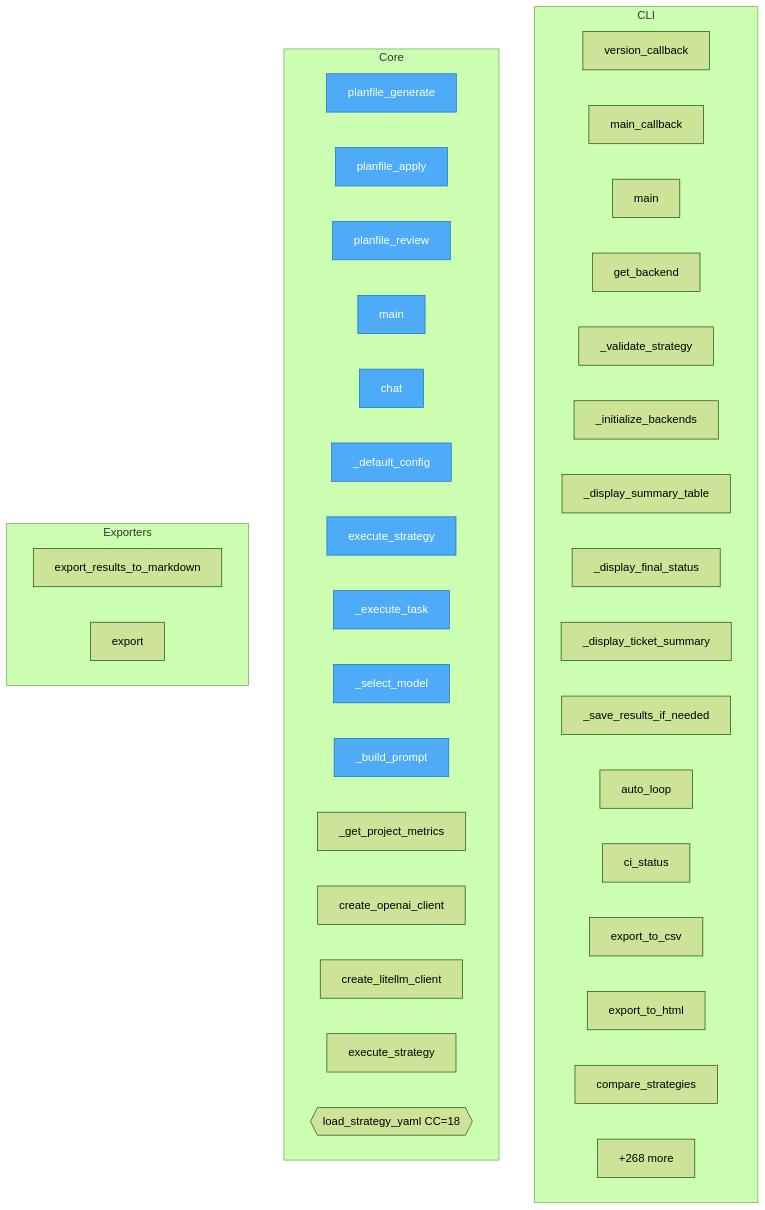
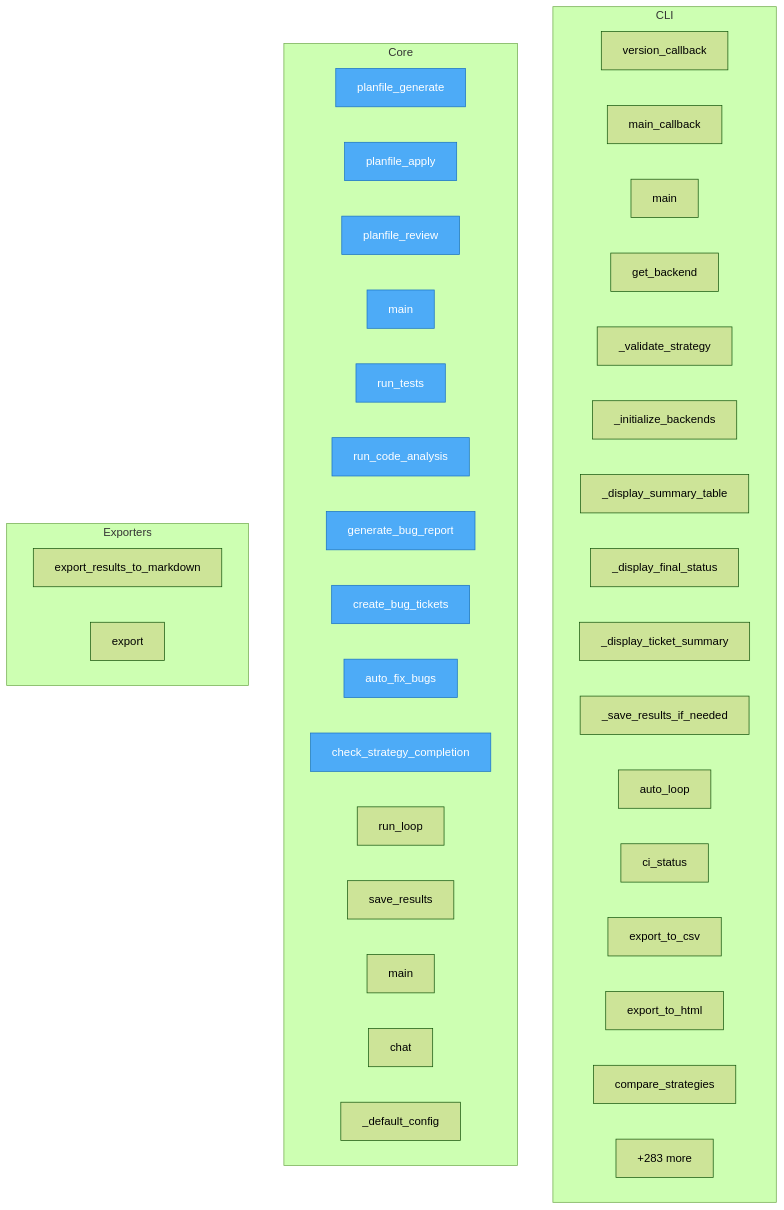
The diagram in project/flow.mmd (semcod/planfile), drawn with Mermaid (forest theme) before and after one commit. The commit also changed 30 other files, not shown here.

```diff
--- a/project/flow.mmd
+++ b/project/flow.mmd
@@ -1,49 +1,49 @@
 flowchart TD
 
     %% Entry points (blue)
     classDef entry fill:#4dabf7,stroke:#1971c2,color:#fff
 
     subgraph CLI
         planfile__cli__commands__version_callback["version_callback"]
         planfile__cli__commands__main_callback["main_callback"]
         planfile__cli__commands__main["main"]
         planfile__cli__auto_loop__get_backend["get_backend"]
         planfile__cli__auto_loop___validate_strategy["_validate_strategy"]
         planfile__cli__auto_loop___initialize_backends["_initialize_backends"]
         planfile__cli__auto_loop___display_summary_table["_display_summary_table"]
         planfile__cli__auto_loop___display_final_status["_display_final_status"]
         planfile__cli__auto_loop___display_ticket_summary["_display_ticket_summary"]
         planfile__cli__auto_loop___save_results_if_needed["_save_results_if_needed"]
         planfile__cli__auto_loop__auto_loop["auto_loop"]
         planfile__cli__auto_loop__ci_status["ci_status"]
         planfile__cli__extra_commands__export_to_csv["export_to_csv"]
         planfile__cli__extra_commands__export_to_html["export_to_html"]
         planfile__cli__extra_commands__compare_strategies["compare_strategies"]
         ...["+20 more"]
     end
 
     subgraph Core
         mcp_server_example__planfile_generate["planfile_generate"]
         mcp_server_example__planfile_apply["planfile_apply"]
         mcp_server_example__planfile_review["planfile_review"]
         mcp_server_example__main["main"]
+        planfile__ci_runner__CIRunner__run_tests["run_tests"]
+        planfile__ci_runner__CIRunner__run_code_analysis["run_code_analysis"]
+        planfile__ci_runner__CIRunner__generate_bug_report["generate_bug_report"]
+        planfile__ci_runner__CIRunner__create_bug_tickets["create_bug_tickets"]
+        planfile__ci_runner__CIRunner__auto_fix_bugs["auto_fix_bugs"]
+        planfile__ci_runner__CIRunner__check_strategy_completion["check_strategy_completion"]
+        planfile__ci_runner__CIRunner__run_loop["run_loop"]
+        planfile__ci_runner__CIRunner__save_results["save_results"]
+        planfile__ci_runner__main["main"]
         planfile__executor_standalone__LLMClient__chat["chat"]
         planfile__executor_standalone__StrategyExecutor___default_config["_default_config"]
-        planfile__executor_standalone__StrategyExecutor__execute_strategy["execute_strategy"]
-        planfile__executor_standalone__StrategyExecutor___execute_task["_execute_task"]
-        planfile__executor_standalone__StrategyExecutor___select_model["_select_model"]
-        planfile__executor_standalone__StrategyExecutor___build_prompt["_build_prompt"]
-        planfile__executor_standalone__StrategyExecutor___get_project_metrics["_get_project_metrics"]
-        planfile__executor_standalone__create_openai_client["create_openai_client"]
-        planfile__executor_standalone__create_litellm_client["create_litellm_client"]
-        planfile__executor_standalone__execute_strategy["execute_strategy"]
-        planfile__loaders__yaml_loader__load_strategy_yaml{{load_strategy_yaml CC=18}}
-        ...["+268 more"]
+        ...["+283 more"]
     end
 
     subgraph Exporters
         planfile__loaders__cli_loader__export_results_to_markdown["export_results_to_markdown"]
         planfile__models_v2__Strategy__export["export"]
     end
 
-    class mcp_server_example__planfile_generate,mcp_server_example__planfile_apply,mcp_server_example__planfile_review,mcp_server_example__main,planfile__executor_standalone__LLMClient__chat,planfile__executor_standalone__StrategyExecutor___default_config,planfile__executor_standalone__StrategyExecutor__execute_strategy,planfile__executor_standalone__StrategyExecutor___execute_task,planfile__executor_standalone__StrategyExecutor___select_model,planfile__executor_standalone__StrategyExecutor___build_prompt entry
+    class mcp_server_example__planfile_generate,mcp_server_example__planfile_apply,mcp_server_example__planfile_review,mcp_server_example__main,planfile__ci_runner__CIRunner__run_tests,planfile__ci_runner__CIRunner__run_code_analysis,planfile__ci_runner__CIRunner__generate_bug_report,planfile__ci_runner__CIRunner__create_bug_tickets,planfile__ci_runner__CIRunner__auto_fix_bugs,planfile__ci_runner__CIRunner__check_strategy_completion entry
```
